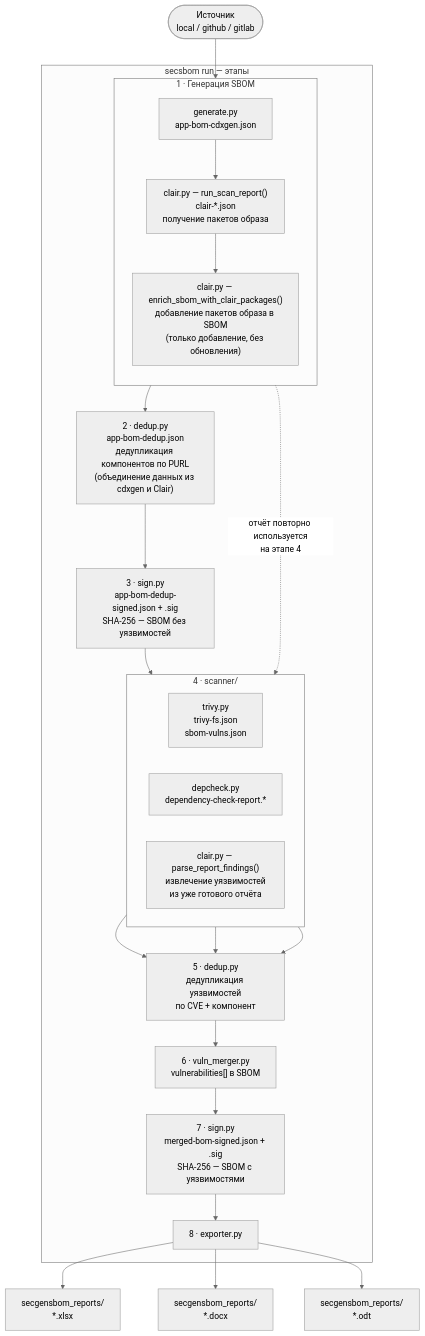
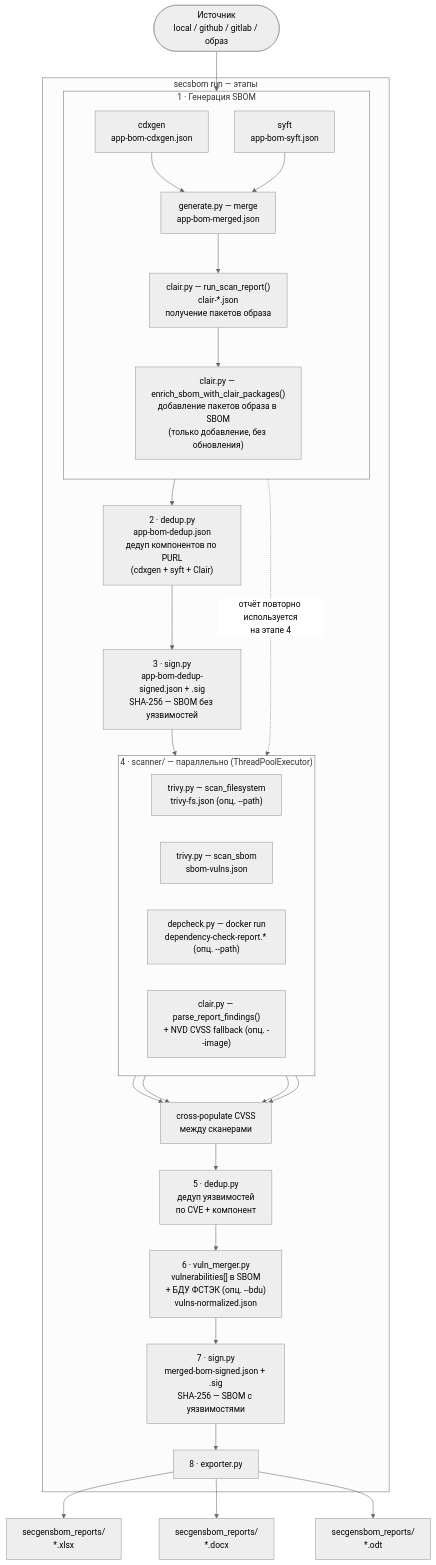
The diagram in README.md (geminishkv/sbom_genform), drawn with Mermaid (neutral theme) before and after one commit. The commit also changed other lines of this file and 7 other files, not shown here.

````diff
--- a/README.md
+++ b/README.md
@@ -426,36 +429,42 @@
 ```mermaid
 flowchart TD
-    IN(["Источник\nlocal / github / gitlab"]) --> GEN
+    IN(["Источник\nlocal / github / gitlab / образ"]) --> STEP1
 
     subgraph pipeline["secsbom run — этапы"]
         subgraph STEP1["1 · Генерация SBOM"]
             direction TB
-            GEN["generate.py\napp-bom-cdxgen.json"]
+            CDXGEN["cdxgen\napp-bom-cdxgen.json"]
+            SYFT["syft\napp-bom-syft.json"]
+            GEN["generate.py — merge\napp-bom-merged.json"]
             CLAIR_SCAN["clair.py — run_scan_report()\nclair-*.json\nполучение пакетов образа"]
             CLAIR_ENRICH["clair.py — enrich_sbom_with_clair_packages()\nдобавление пакетов образа в SBOM\n(только добавление, без обновления)"]
+            CDXGEN --> GEN
+            SYFT --> GEN
             GEN --> CLAIR_SCAN --> CLAIR_ENRICH
         end
 
-        STEP1 --> DEDUP["2 · dedup.py\napp-bom-dedup.json\nдедупликация компонентов по PURL\n(объединение данных из cdxgen и Clair)"]
+        STEP1 --> DEDUP["2 · dedup.py\napp-bom-dedup.json\nдедуп компонентов по PURL\n(cdxgen + syft + Clair)"]
         DEDUP --> SIGN1["3 · sign.py\napp-bom-dedup-signed.json + .sig\nSHA-256 — SBOM без уязвимостей"]
         SIGN1 --> SCAN
 
-        subgraph SCAN["4 · scanner/"]
+        subgraph SCAN["4 · scanner/ — параллельно (ThreadPoolExecutor)"]
             direction LR
-            TRIVY["trivy.py\ntrivy-fs.json\nsbom-vulns.json"]
-            DEPCHECK["depcheck.py\ndependency-check-report.*"]
-            CLAIR_VULNS["clair.py — parse_report_findings()\nизвлечение уязвимостей\nиз уже готового отчёта"]
+            TRIVY_FS["trivy.py — scan_filesystem\ntrivy-fs.json (опц. --path)"]
+            TRIVY_SBOM["trivy.py — scan_sbom\nsbom-vulns.json"]
+            DEPCHECK["depcheck.py — docker run\ndependency-check-report.* (опц. --path)"]
+            CLAIR_VULNS["clair.py — parse_report_findings()\n+ NVD CVSS fallback (опц. --image)"]
         end
 
-        TRIVY & DEPCHECK & CLAIR_VULNS --> DDUP2["5 · dedup.py\nдедупликация уязвимостей\nпо CVE + компонент"]
-        DDUP2 --> MERGE["6 · vuln_merger.py\nvulnerabilities[] в SBOM"]
+        TRIVY_FS & TRIVY_SBOM & DEPCHECK & CLAIR_VULNS --> CROSS["cross-populate CVSS\nмежду сканерами"]
+        CROSS --> DDUP2["5 · dedup.py\nдедуп уязвимостей\nпо CVE + компонент"]
+        DDUP2 --> MERGE["6 · vuln_merger.py\nvulnerabilities[] в SBOM\n+ БДУ ФСТЭК (опц. --bdu)\nvulns-normalized.json"]
         MERGE --> SIGN2["7 · sign.py\nmerged-bom-signed.json + .sig\nSHA-256 — SBOM с уязвимостями"]
         SIGN2 --> EXPORT["8 · exporter.py"]
     end
 
     CLAIR_SCAN -.->|"отчёт повторно используется\nна этапе 4"| CLAIR_VULNS
 
     EXPORT --> XLSX["secgensbom_reports/\n*.xlsx"]
     EXPORT --> DOCX["secgensbom_reports/\n*.docx"]
     EXPORT --> ODT["secgensbom_reports/\n*.odt"]
 ```
````
